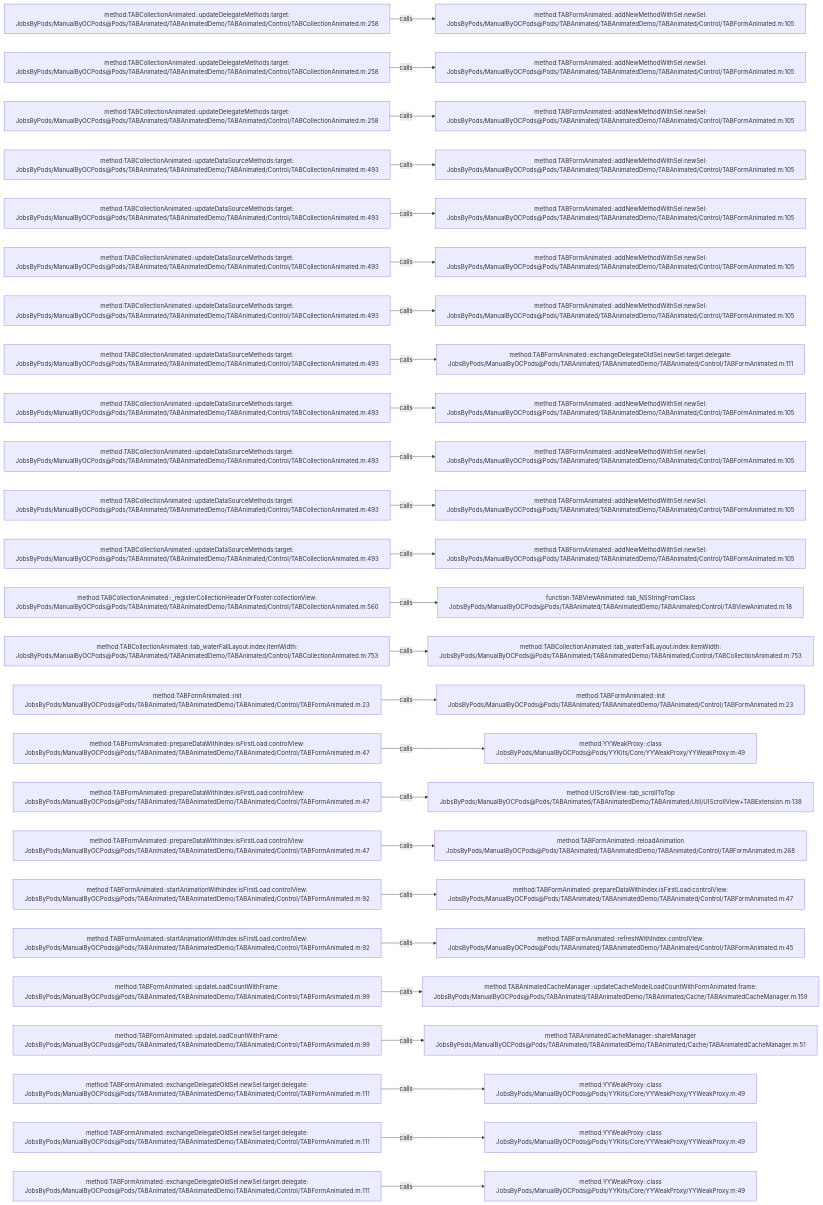
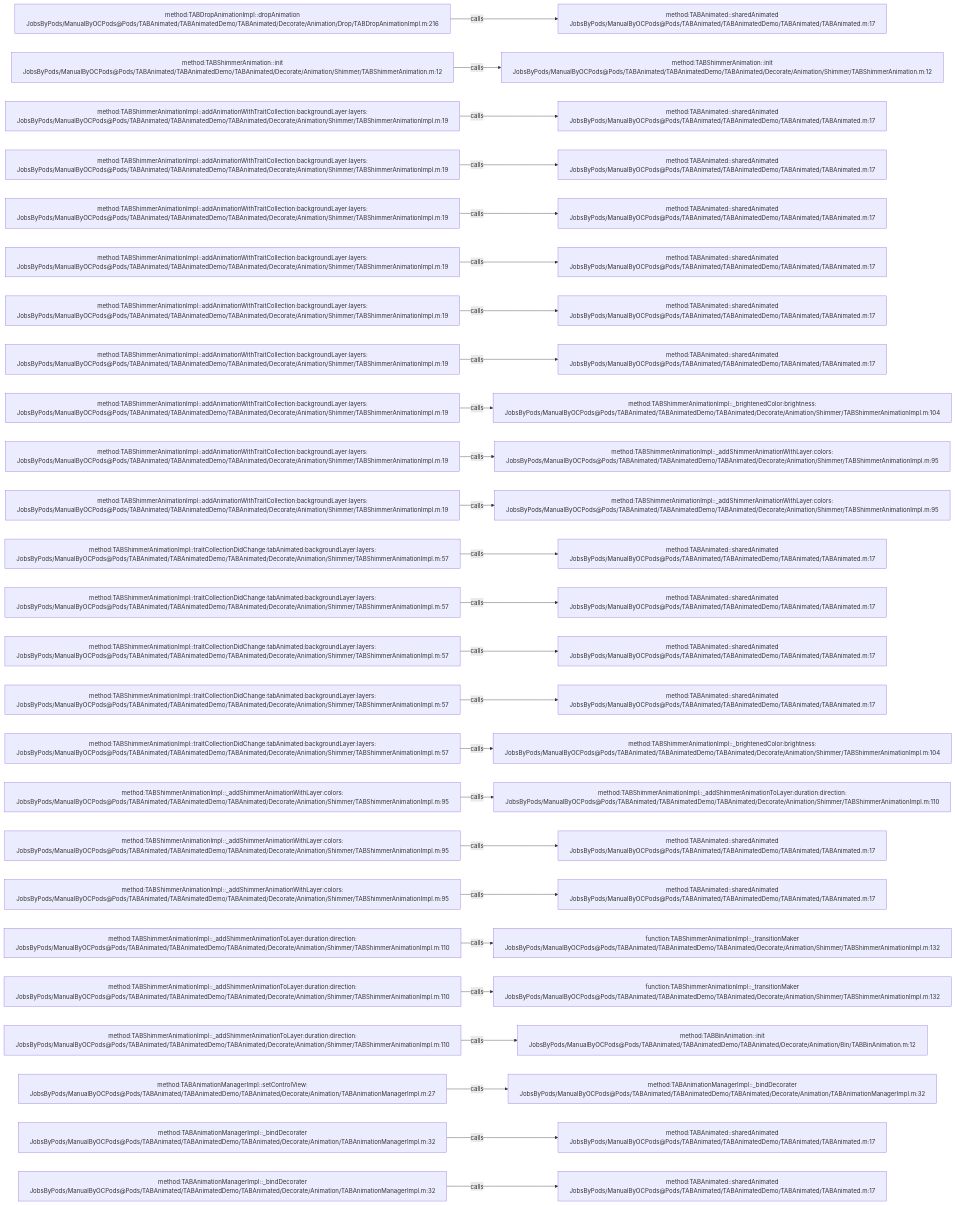
One commit to JobsKits/JobsOCBaseConfigDemo changed the diagram in .codegraph/codegraph.md/graphs/calls-031.md. Above: the diagram before and after it, drawn with Mermaid. The commit also changed 1223 other files, not shown here.

````diff
--- a/.codegraph/codegraph.md/graphs/calls-031.md
+++ b/.codegraph/codegraph.md/graphs/calls-031.md
@@ -13,78 +13,78 @@
 ```mermaid
 flowchart LR
-  S1["method:TABCollectionAnimated::updateDelegateMethods:target:<br/>JobsByPods/ManualByOCPods@Pods/TABAnimated/TABAnimatedDemo/TABAnimated/Control/TABCollectionAnimated.m:258"]
-  T1["method:TABFormAnimated::addNewMethodWithSel:newSel:<br/>JobsByPods/ManualByOCPods@Pods/TABAnimated/TABAnimatedDemo/TABAnimated/Control/TABFormAnimated.m:105"]
+  S1["method:TABDropAnimationImpl::dropAnimation<br/>JobsByPods/ManualByOCPods@Pods/TABAnimated/TABAnimatedDemo/TABAnimated/Decorate/Animation/Drop/TABDropAnimationImpl.m:216"]
+  T1["method:TABAnimated::sharedAnimated<br/>JobsByPods/ManualByOCPods@Pods/TABAnimated/TABAnimatedDemo/TABAnimated/TABAnimated.m:17"]
   S1 -->|calls| T1
-  S2["method:TABCollectionAnimated::updateDelegateMethods:target:<br/>JobsByPods/ManualByOCPods@Pods/TABAnimated/TABAnimatedDemo/TABAnimated/Control/TABCollectionAnimated.m:258"]
-  T2["method:TABFormAnimated::addNewMethodWithSel:newSel:<br/>JobsByPods/ManualByOCPods@Pods/TABAnimated/TABAnimatedDemo/TABAnimated/Control/TABFormAnimated.m:105"]
+  S2["method:TABShimmerAnimation::init<br/>JobsByPods/ManualByOCPods@Pods/TABAnimated/TABAnimatedDemo/TABAnimated/Decorate/Animation/Shimmer/TABShimmerAnimation.m:12"]
+  T2["method:TABShimmerAnimation::init<br/>JobsByPods/ManualByOCPods@Pods/TABAnimated/TABAnimatedDemo/TABAnimated/Decorate/Animation/Shimmer/TABShimmerAnimation.m:12"]
   S2 -->|calls| T2
-  S3["method:TABCollectionAnimated::updateDelegateMethods:target:<br/>JobsByPods/ManualByOCPods@Pods/TABAnimated/TABAnimatedDemo/TABAnimated/Control/TABCollectionAnimated.m:258"]
-  T3["method:TABFormAnimated::addNewMethodWithSel:newSel:<br/>JobsByPods/ManualByOCPods@Pods/TABAnimated/TABAnimatedDemo/TABAnimated/Control/TABFormAnimated.m:105"]
+  S3["method:TABShimmerAnimationImpl::addAnimationWithTraitCollection:backgroundLayer:layers:<br/>JobsByPods/ManualByOCPods@Pods/TABAnimated/TABAnimatedDemo/TABAnimated/Decorate/Animation/Shimmer/TABShimmerAnimationImpl.m:19"]
+  T3["method:TABAnimated::sharedAnimated<br/>JobsByPods/ManualByOCPods@Pods/TABAnimated/TABAnimatedDemo/TABAnimated/TABAnimated.m:17"]
   S3 -->|calls| T3
-  S4["method:TABCollectionAnimated::updateDataSourceMethods:target:<br/>JobsByPods/ManualByOCPods@Pods/TABAnimated/TABAnimatedDemo/TABAnimated/Control/TABCollectionAnimated.m:493"]
-  T4["method:TABFormAnimated::addNewMethodWithSel:newSel:<br/>JobsByPods/ManualByOCPods@Pods/TABAnimated/TABAnimatedDemo/TABAnimated/Control/TABFormAnimated.m:105"]
+  S4["method:TABShimmerAnimationImpl::addAnimationWithTraitCollection:backgroundLayer:layers:<br/>JobsByPods/ManualByOCPods@Pods/TABAnimated/TABAnimatedDemo/TABAnimated/Decorate/Animation/Shimmer/TABShimmerAnimationImpl.m:19"]
+  T4["method:TABAnimated::sharedAnimated<br/>JobsByPods/ManualByOCPods@Pods/TABAnimated/TABAnimatedDemo/TABAnimated/TABAnimated.m:17"]
   S4 -->|calls| T4
-  S5["method:TABCollectionAnimated::updateDataSourceMethods:target:<br/>JobsByPods/ManualByOCPods@Pods/TABAnimated/TABAnimatedDemo/TABAnimated/Control/TABCollectionAnimated.m:493"]
-  T5["method:TABFormAnimated::addNewMethodWithSel:newSel:<br/>JobsByPods/ManualByOCPods@Pods/TABAnimated/TABAnimatedDemo/TABAnimated/Control/TABFormAnimated.m:105"]
+  S5["method:TABShimmerAnimationImpl::addAnimationWithTraitCollection:backgroundLayer:layers:<br/>JobsByPods/ManualByOCPods@Pods/TABAnimated/TABAnimatedDemo/TABAnimated/Decorate/Animation/Shimmer/TABShimmerAnimationImpl.m:19"]
+  T5["method:TABAnimated::sharedAnimated<br/>JobsByPods/ManualByOCPods@Pods/TABAnimated/TABAnimatedDemo/TABAnimated/TABAnimated.m:17"]
   S5 -->|calls| T5
-  S6["method:TABCollectionAnimated::updateDataSourceMethods:target:<br/>JobsByPods/ManualByOCPods@Pods/TABAnimated/TABAnimatedDemo/TABAnimated/Control/TABCollectionAnimated.m:493"]
-  T6["method:TABFormAnimated::addNewMethodWithSel:newSel:<br/>JobsByPods/ManualByOCPods@Pods/TABAnimated/TABAnimatedDemo/TABAnimated/Control/TABFormAnimated.m:105"]
+  S6["method:TABShimmerAnimationImpl::addAnimationWithTraitCollection:backgroundLayer:layers:<br/>JobsByPods/ManualByOCPods@Pods/TABAnimated/TABAnimatedDemo/TABAnimated/Decorate/Animation/Shimmer/TABShimmerAnimationImpl.m:19"]
+  T6["method:TABAnimated::sharedAnimated<br/>JobsByPods/ManualByOCPods@Pods/TABAnimated/TABAnimatedDemo/TABAnimated/TABAnimated.m:17"]
   S6 -->|calls| T6
-  S7["method:TABCollectionAnimated::updateDataSourceMethods:target:<br/>JobsByPods/ManualByOCPods@Pods/TABAnimated/TABAnimatedDemo/TABAnimated/Control/TABCollectionAnimated.m:493"]
-  T7["method:TABFormAnimated::addNewMethodWithSel:newSel:<br/>JobsByPods/ManualByOCPods@Pods/TABAnimated/TABAnimatedDemo/TABAnimated/Control/TABFormAnimated.m:105"]
+  S7["method:TABShimmerAnimationImpl::addAnimationWithTraitCollection:backgroundLayer:layers:<br/>JobsByPods/ManualByOCPods@Pods/TABAnimated/TABAnimatedDemo/TABAnimated/Decorate/Animation/Shimmer/TABShimmerAnimationImpl.m:19"]
+  T7["method:TABAnimated::sharedAnimated<br/>JobsByPods/ManualByOCPods@Pods/TABAnimated/TABAnimatedDemo/TABAnimated/TABAnimated.m:17"]
   S7 -->|calls| T7
-  S8["method:TABCollectionAnimated::updateDataSourceMethods:target:<br/>JobsByPods/ManualByOCPods@Pods/TABAnimated/TABAnimatedDemo/TABAnimated/Control/TABCollectionAnimated.m:493"]
-  T8["method:TABFormAnimated::exchangeDelegateOldSel:newSel:target:delegate:<br/>JobsByPods/ManualByOCPods@Pods/TABAnimated/TABAnimatedDemo/TABAnimated/Control/TABFormAnimated.m:111"]
+  S8["method:TABShimmerAnimationImpl::addAnimationWithTraitCollection:backgroundLayer:layers:<br/>JobsByPods/ManualByOCPods@Pods/TABAnimated/TABAnimatedDemo/TABAnimated/Decorate/Animation/Shimmer/TABShimmerAnimationImpl.m:19"]
+  T8["method:TABAnimated::sharedAnimated<br/>JobsByPods/ManualByOCPods@Pods/TABAnimated/TABAnimatedDemo/TABAnimated/TABAnimated.m:17"]
   S8 -->|calls| T8
-  S9["method:TABCollectionAnimated::updateDataSourceMethods:target:<br/>JobsByPods/ManualByOCPods@Pods/TABAnimated/TABAnimatedDemo/TABAnimated/Control/TABCollectionAnimated.m:493"]
-  T9["method:TABFormAnimated::addNewMethodWithSel:newSel:<br/>JobsByPods/ManualByOCPods@Pods/TABAnimated/TABAnimatedDemo/TABAnimated/Control/TABFormAnimated.m:105"]
+  S9["method:TABShimmerAnimationImpl::addAnimationWithTraitCollection:backgroundLayer:layers:<br/>JobsByPods/ManualByOCPods@Pods/TABAnimated/TABAnimatedDemo/TABAnimated/Decorate/Animation/Shimmer/TABShimmerAnimationImpl.m:19"]
+  T9["method:TABShimmerAnimationImpl::_brightenedColor:brightness:<br/>JobsByPods/ManualByOCPods@Pods/TABAnimated/TABAnimatedDemo/TABAnimated/Decorate/Animation/Shimmer/TABShimmerAnimationImpl.m:104"]
   S9 -->|calls| T9
-  S10["method:TABCollectionAnimated::updateDataSourceMethods:target:<br/>JobsByPods/ManualByOCPods@Pods/TABAnimated/TABAnimatedDemo/TABAnimated/Control/TABCollectionAnimated.m:493"]
-  T10["method:TABFormAnimated::addNewMethodWithSel:newSel:<br/>JobsByPods/ManualByOCPods@Pods/TABAnimated/TABAnimatedDemo/TABAnimated/Control/TABFormAnimated.m:105"]
+  S10["method:TABShimmerAnimationImpl::addAnimationWithTraitCollection:backgroundLayer:layers:<br/>JobsByPods/ManualByOCPods@Pods/TABAnimated/TABAnimatedDemo/TABAnimated/Decorate/Animation/Shimmer/TABShimmerAnimationImpl.m:19"]
+  T10["method:TABShimmerAnimationImpl::_addShimmerAnimationWithLayer:colors:<br/>JobsByPods/ManualByOCPods@Pods/TABAnimated/TABAnimatedDemo/TABAnimated/Decorate/Animation/Shimmer/TABShimmerAnimationImpl.m:95"]
   S10 -->|calls| T10
-  S11["method:TABCollectionAnimated::updateDataSourceMethods:target:<br/>JobsByPods/ManualByOCPods@Pods/TABAnimated/TABAnimatedDemo/TABAnimated/Control/TABCollectionAnimated.m:493"]
-  T11["method:TABFormAnimated::addNewMethodWithSel:newSel:<br/>JobsByPods/ManualByOCPods@Pods/TABAnimated/TABAnimatedDemo/TABAnimated/Control/TABFormAnimated.m:105"]
+  S11["method:TABShimmerAnimationImpl::addAnimationWithTraitCollection:backgroundLayer:layers:<br/>JobsByPods/ManualByOCPods@Pods/TABAnimated/TABAnimatedDemo/TABAnimated/Decorate/Animation/Shimmer/TABShimmerAnimationImpl.m:19"]
+  T11["method:TABShimmerAnimationImpl::_addShimmerAnimationWithLayer:colors:<br/>JobsByPods/ManualByOCPods@Pods/TABAnimated/TABAnimatedDemo/TABAnimated/Decorate/Animation/Shimmer/TABShimmerAnimationImpl.m:95"]
   S11 -->|calls| T11
-  S12["method:TABCollectionAnimated::updateDataSourceMethods:target:<br/>JobsByPods/ManualByOCPods@Pods/TABAnimated/TABAnimatedDemo/TABAnimated/Control/TABCollectionAnimated.m:493"]
-  T12["method:TABFormAnimated::addNewMethodWithSel:newSel:<br/>JobsByPods/ManualByOCPods@Pods/TABAnimated/TABAnimatedDemo/TABAnimated/Control/TABFormAnimated.m:105"]
+  S12["method:TABShimmerAnimationImpl::traitCollectionDidChange:tabAnimated:backgroundLayer:layers:<br/>JobsByPods/ManualByOCPods@Pods/TABAnimated/TABAnimatedDemo/TABAnimated/Decorate/Animation/Shimmer/TABShimmerAnimationImpl.m:57"]
+  T12["method:TABAnimated::sharedAnimated<br/>JobsByPods/ManualByOCPods@Pods/TABAnimated/TABAnimatedDemo/TABAnimated/TABAnimated.m:17"]
   S12 -->|calls| T12
-  S13["method:TABCollectionAnimated::_registerCollectionHeaderOrFooter:collectionView:<br/>JobsByPods/ManualByOCPods@Pods/TABAnimated/TABAnimatedDemo/TABAnimated/Control/TABCollectionAnimated.m:560"]
-  T13["function:TABViewAnimated::tab_NSStringFromClass<br/>JobsByPods/ManualByOCPods@Pods/TABAnimated/TABAnimatedDemo/TABAnimated/Control/TABViewAnimated.m:18"]
+  S13["method:TABShimmerAnimationImpl::traitCollectionDidChange:tabAnimated:backgroundLayer:layers:<br/>JobsByPods/ManualByOCPods@Pods/TABAnimated/TABAnimatedDemo/TABAnimated/Decorate/Animation/Shimmer/TABShimmerAnimationImpl.m:57"]
+  T13["method:TABAnimated::sharedAnimated<br/>JobsByPods/ManualByOCPods@Pods/TABAnimated/TABAnimatedDemo/TABAnimated/TABAnimated.m:17"]
   S13 -->|calls| T13
-  S14["method:TABCollectionAnimated::tab_waterFallLayout:index:itemWidth:<br/>JobsByPods/ManualByOCPods@Pods/TABAnimated/TABAnimatedDemo/TABAnimated/Control/TABCollectionAnimated.m:753"]
-  T14["method:TABCollectionAnimated::tab_waterFallLayout:index:itemWidth:<br/>JobsByPods/ManualByOCPods@Pods/TABAnimated/TABAnimatedDemo/TABAnimated/Control/TABCollectionAnimated.m:753"]
+  S14["method:TABShimmerAnimationImpl::traitCollectionDidChange:tabAnimated:backgroundLayer:layers:<br/>JobsByPods/ManualByOCPods@Pods/TABAnimated/TABAnimatedDemo/TABAnimated/Decorate/Animation/Shimmer/TABShimmerAnimationImpl.m:57"]
+  T14["method:TABAnimated::sharedAnimated<br/>JobsByPods/ManualByOCPods@Pods/TABAnimated/TABAnimatedDemo/TABAnimated/TABAnimated.m:17"]
   S14 -->|calls| T14
-  S15["method:TABFormAnimated::init<br/>JobsByPods/ManualByOCPods@Pods/TABAnimated/TABAnimatedDemo/TABAnimated/Control/TABFormAnimated.m:23"]
-  T15["method:TABFormAnimated::init<br/>JobsByPods/ManualByOCPods@Pods/TABAnimated/TABAnimatedDemo/TABAnimated/Control/TABFormAnimated.m:23"]
+  S15["method:TABShimmerAnimationImpl::traitCollectionDidChange:tabAnimated:backgroundLayer:layers:<br/>JobsByPods/ManualByOCPods@Pods/TABAnimated/TABAnimatedDemo/TABAnimated/Decorate/Animation/Shimmer/TABShimmerAnimationImpl.m:57"]
+  T15["method:TABAnimated::sharedAnimated<br/>JobsByPods/ManualByOCPods@Pods/TABAnimated/TABAnimatedDemo/TABAnimated/TABAnimated.m:17"]
   S15 -->|calls| T15
-  S16["method:TABFormAnimated::prepareDataWithIndex:isFirstLoad:controlView:<br/>JobsByPods/ManualByOCPods@Pods/TABAnimated/TABAnimatedDemo/TABAnimated/Control/TABFormAnimated.m:47"]
-  T16["method:YYWeakProxy::class<br/>JobsByPods/ManualByOCPods@Pods/YYKits/Core/YYWeakProxy/YYWeakProxy.m:49"]
+  S16["method:TABShimmerAnimationImpl::traitCollectionDidChange:tabAnimated:backgroundLayer:layers:<br/>JobsByPods/ManualByOCPods@Pods/TABAnimated/TABAnimatedDemo/TABAnimated/Decorate/Animation/Shimmer/TABShimmerAnimationImpl.m:57"]
+  T16["method:TABShimmerAnimationImpl::_brightenedColor:brightness:<br/>JobsByPods/ManualByOCPods@Pods/TABAnimated/TABAnimatedDemo/TABAnimated/Decorate/Animation/Shimmer/TABShimmerAnimationImpl.m:104"]
   S16 -->|calls| T16
-  S17["method:TABFormAnimated::prepareDataWithIndex:isFirstLoad:controlView:<br/>JobsByPods/ManualByOCPods@Pods/TABAnimated/TABAnimatedDemo/TABAnimated/Control/TABFormAnimated.m:47"]
-  T17["method:UIScrollView::tab_scrollToTop<br/>JobsByPods/ManualByOCPods@Pods/TABAnimated/TABAnimatedDemo/TABAnimated/Util/UIScrollView+TABExtension.m:138"]
+  S17["method:TABShimmerAnimationImpl::_addShimmerAnimationWithLayer:colors:<br/>JobsByPods/ManualByOCPods@Pods/TABAnimated/TABAnimatedDemo/TABAnimated/Decorate/Animation/Shimmer/TABShimmerAnimationImpl.m:95"]
+  T17["method:TABShimmerAnimationImpl::_addShimmerAnimationToLayer:duration:direction:<br/>JobsByPods/ManualByOCPods@Pods/TABAnimated/TABAnimatedDemo/TABAnimated/Decorate/Animation/Shimmer/TABShimmerAnimationImpl.m:110"]
   S17 -->|calls| T17
-  S18["method:TABFormAnimated::prepareDataWithIndex:isFirstLoad:controlView:<br/>JobsByPods/ManualByOCPods@Pods/TABAnimated/TABAnimatedDemo/TABAnimated/Control/TABFormAnimated.m:47"]
-  T18["method:TABFormAnimated::reloadAnimation<br/>JobsByPods/ManualByOCPods@Pods/TABAnimated/TABAnimatedDemo/TABAnimated/Control/TABFormAnimated.m:268"]
+  S18["method:TABShimmerAnimationImpl::_addShimmerAnimationWithLayer:colors:<br/>JobsByPods/ManualByOCPods@Pods/TABAnimated/TABAnimatedDemo/TABAnimated/Decorate/Animation/Shimmer/TABShimmerAnimationImpl.m:95"]
+  T18["method:TABAnimated::sharedAnimated<br/>JobsByPods/ManualByOCPods@Pods/TABAnimated/TABAnimatedDemo/TABAnimated/TABAnimated.m:17"]
   S18 -->|calls| T18
-  S19["method:TABFormAnimated::startAnimationWithIndex:isFirstLoad:controlView:<br/>JobsByPods/ManualByOCPods@Pods/TABAnimated/TABAnimatedDemo/TABAnimated/Control/TABFormAnimated.m:92"]
-  T19["method:TABFormAnimated::prepareDataWithIndex:isFirstLoad:controlView:<br/>JobsByPods/ManualByOCPods@Pods/TABAnimated/TABAnimatedDemo/TABAnimated/Control/TABFormAnimated.m:47"]
+  S19["method:TABShimmerAnimationImpl::_addShimmerAnimationWithLayer:colors:<br/>JobsByPods/ManualByOCPods@Pods/TABAnimated/TABAnimatedDemo/TABAnimated/Decorate/Animation/Shimmer/TABShimmerAnimationImpl.m:95"]
+  T19["method:TABAnimated::sharedAnimated<br/>JobsByPods/ManualByOCPods@Pods/TABAnimated/TABAnimatedDemo/TABAnimated/TABAnimated.m:17"]
   S19 -->|calls| T19
-  S20["method:TABFormAnimated::startAnimationWithIndex:isFirstLoad:controlView:<br/>JobsByPods/ManualByOCPods@Pods/TABAnimated/TABAnimatedDemo/TABAnimated/Control/TABFormAnimated.m:92"]
-  T20["method:TABFormAnimated::refreshWithIndex:controlView:<br/>JobsByPods/ManualByOCPods@Pods/TABAnimated/TABAnimatedDemo/TABAnimated/Control/TABFormAnimated.m:45"]
+  S20["method:TABShimmerAnimationImpl::_addShimmerAnimationToLayer:duration:direction:<br/>JobsByPods/ManualByOCPods@Pods/TABAnimated/TABAnimatedDemo/TABAnimated/Decorate/Animation/Shimmer/TABShimmerAnimationImpl.m:110"]
+  T20["function:TABShimmerAnimationImpl::_transitionMaker<br/>JobsByPods/ManualByOCPods@Pods/TABAnimated/TABAnimatedDemo/TABAnimated/Decorate/Animation/Shimmer/TABShimmerAnimationImpl.m:132"]
   S20 -->|calls| T20
-  S21["method:TABFormAnimated::updateLoadCountWithFrame:<br/>JobsByPods/ManualByOCPods@Pods/TABAnimated/TABAnimatedDemo/TABAnimated/Control/TABFormAnimated.m:99"]
-  T21["method:TABAnimatedCacheManager::updateCacheModelLoadCountWithFormAnimated:frame:<br/>JobsByPods/ManualByOCPods@Pods/TABAnimated/TABAnimatedDemo/TABAnimated/Cache/TABAnimatedCacheManager.m:159"]
+  S21["method:TABShimmerAnimationImpl::_addShimmerAnimationToLayer:duration:direction:<br/>JobsByPods/ManualByOCPods@Pods/TABAnimated/TABAnimatedDemo/TABAnimated/Decorate/Animation/Shimmer/TABShimmerAnimationImpl.m:110"]
+  T21["function:TABShimmerAnimationImpl::_transitionMaker<br/>JobsByPods/ManualByOCPods@Pods/TABAnimated/TABAnimatedDemo/TABAnimated/Decorate/Animation/Shimmer/TABShimmerAnimationImpl.m:132"]
   S21 -->|calls| T21
-  S22["method:TABFormAnimated::updateLoadCountWithFrame:<br/>JobsByPods/ManualByOCPods@Pods/TABAnimated/TABAnimatedDemo/TABAnimated/Control/TABFormAnimated.m:99"]
-  T22["method:TABAnimatedCacheManager::shareManager<br/>JobsByPods/ManualByOCPods@Pods/TABAnimated/TABAnimatedDemo/TABAnimated/Cache/TABAnimatedCacheManager.m:51"]
+  S22["method:TABShimmerAnimationImpl::_addShimmerAnimationToLayer:duration:direction:<br/>JobsByPods/ManualByOCPods@Pods/TABAnimated/TABAnimatedDemo/TABAnimated/Decorate/Animation/Shimmer/TABShimmerAnimationImpl.m:110"]
+  T22["method:TABBinAnimation::init<br/>JobsByPods/ManualByOCPods@Pods/TABAnimated/TABAnimatedDemo/TABAnimated/Decorate/Animation/Bin/TABBinAnimation.m:12"]
   S22 -->|calls| T22
-  S23["method:TABFormAnimated::exchangeDelegateOldSel:newSel:target:delegate:<br/>JobsByPods/ManualByOCPods@Pods/TABAnimated/TABAnimatedDemo/TABAnimated/Control/TABFormAnimated.m:111"]
-  T23["method:YYWeakProxy::class<br/>JobsByPods/ManualByOCPods@Pods/YYKits/Core/YYWeakProxy/YYWeakProxy.m:49"]
+  S23["method:TABAnimationManagerImpl::setControlView:<br/>JobsByPods/ManualByOCPods@Pods/TABAnimated/TABAnimatedDemo/TABAnimated/Decorate/Animation/TABAnimationManagerImpl.m:27"]
+  T23["method:TABAnimationManagerImpl::_bindDecorater<br/>JobsByPods/ManualByOCPods@Pods/TABAnimated/TABAnimatedDemo/TABAnimated/Decorate/Animation/TABAnimationManagerImpl.m:32"]
   S23 -->|calls| T23
-  S24["method:TABFormAnimated::exchangeDelegateOldSel:newSel:target:delegate:<br/>JobsByPods/ManualByOCPods@Pods/TABAnimated/TABAnimatedDemo/TABAnimated/Control/TABFormAnimated.m:111"]
-  T24["method:YYWeakProxy::class<br/>JobsByPods/ManualByOCPods@Pods/YYKits/Core/YYWeakProxy/YYWeakProxy.m:49"]
+  S24["method:TABAnimationManagerImpl::_bindDecorater<br/>JobsByPods/ManualByOCPods@Pods/TABAnimated/TABAnimatedDemo/TABAnimated/Decorate/Animation/TABAnimationManagerImpl.m:32"]
+  T24["method:TABAnimated::sharedAnimated<br/>JobsByPods/ManualByOCPods@Pods/TABAnimated/TABAnimatedDemo/TABAnimated/TABAnimated.m:17"]
   S24 -->|calls| T24
-  S25["method:TABFormAnimated::exchangeDelegateOldSel:newSel:target:delegate:<br/>JobsByPods/ManualByOCPods@Pods/TABAnimated/TABAnimatedDemo/TABAnimated/Control/TABFormAnimated.m:111"]
-  T25["method:YYWeakProxy::class<br/>JobsByPods/ManualByOCPods@Pods/YYKits/Core/YYWeakProxy/YYWeakProxy.m:49"]
+  S25["method:TABAnimationManagerImpl::_bindDecorater<br/>JobsByPods/ManualByOCPods@Pods/TABAnimated/TABAnimatedDemo/TABAnimated/Decorate/Animation/TABAnimationManagerImpl.m:32"]
+  T25["method:TABAnimated::sharedAnimated<br/>JobsByPods/ManualByOCPods@Pods/TABAnimated/TABAnimatedDemo/TABAnimated/TABAnimated.m:17"]
   S25 -->|calls| T25
 ```
````
